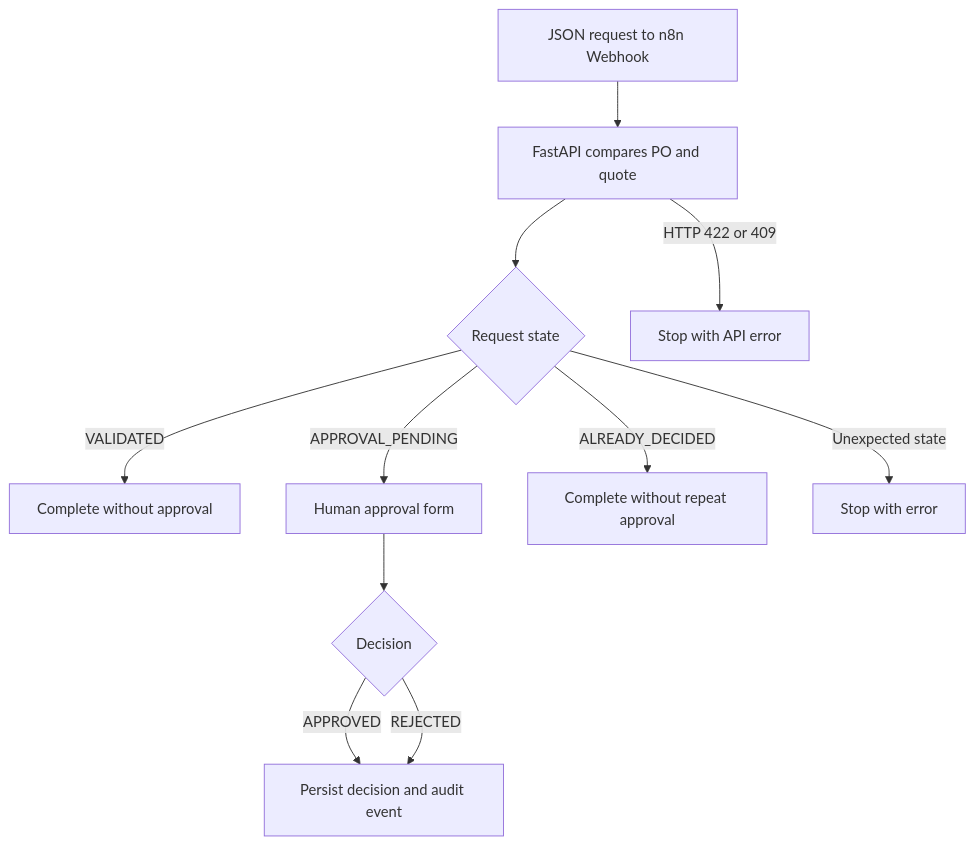
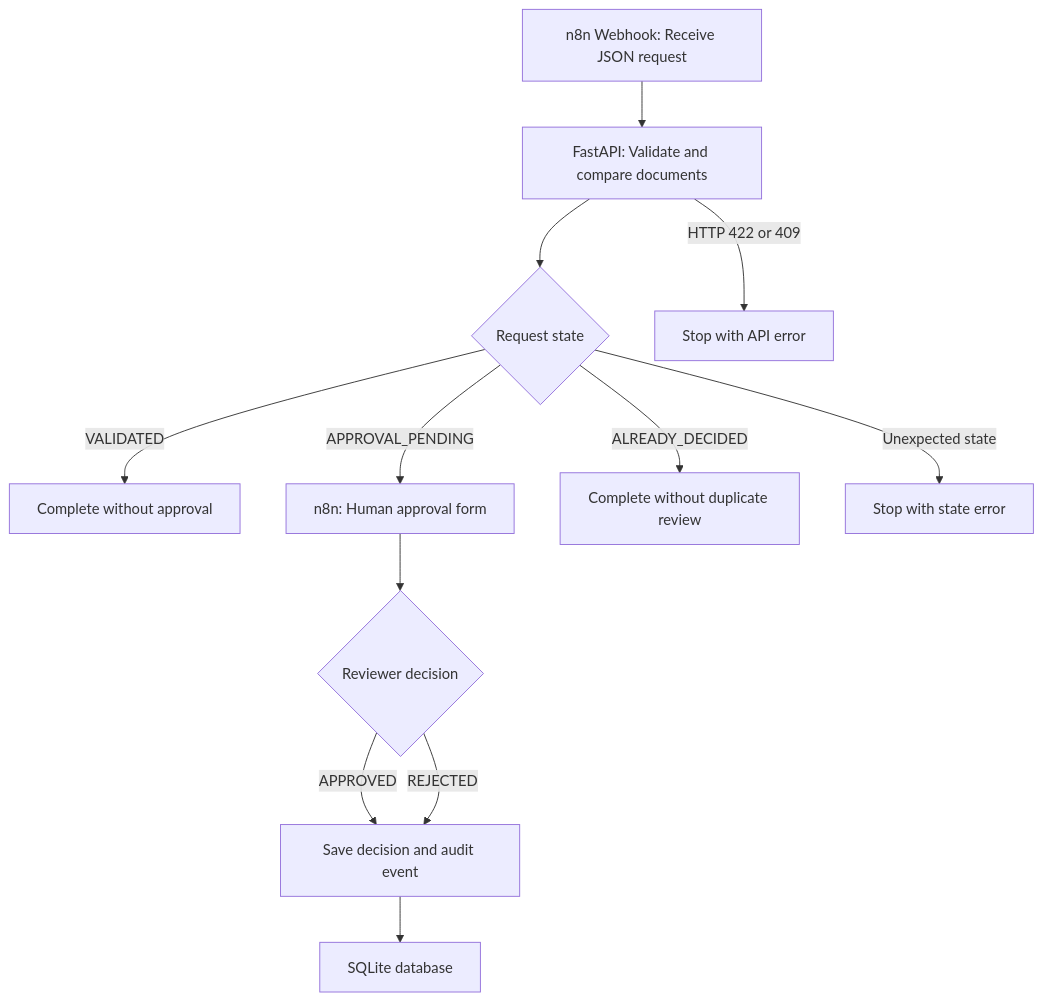
Before and after one commit to SantiagoCuello97/QuoteFlow: the diagram in README.md, drawn with Mermaid. The commit also changed other lines of this file, not shown here.

Commit message:
docs: fix Mermaid workflow diagram

````diff
--- a/README.md
+++ b/README.md
@@ -15,13 +16,18 @@
 ```mermaid
 flowchart TD
-    A[JSON request to n8n Webhook] --> B[FastAPI compares PO and quote]
-    B --> C{Request state}
-    C -->|VALIDATED| D[Complete without approval]
-    C -->|APPROVAL_PENDING| E[Human approval form]
-    E --> F{Decision}
-    F -->|APPROVED| G[Persist decision and audit event]
-    F -->|REJECTED| G
-    C -->|ALREADY_DECIDED| H[Complete without repeat approval]
-    C -->|Unexpected state| I[Stop with error]
-    B -->|HTTP 422 or 409| J[Stop with API error]
+    A["n8n Webhook: Receive JSON request"] --> B["FastAPI: Validate and compare documents"]
+    B --> C{"Request state"}
+
+    C -->|VALIDATED| D["Complete without approval"]
+    C -->|APPROVAL_PENDING| E["n8n: Human approval form"]
+    C -->|ALREADY_DECIDED| F["Complete without duplicate review"]
+    C -->|Unexpected state| G["Stop with state error"]
+
+    E --> H{"Reviewer decision"}
+    H -->|APPROVED| I["Save decision and audit event"]
+    H -->|REJECTED| I
+
+    I --> J["SQLite database"]
+
+    B -->|HTTP 422 or 409| K["Stop with API error"]
 ```
````
